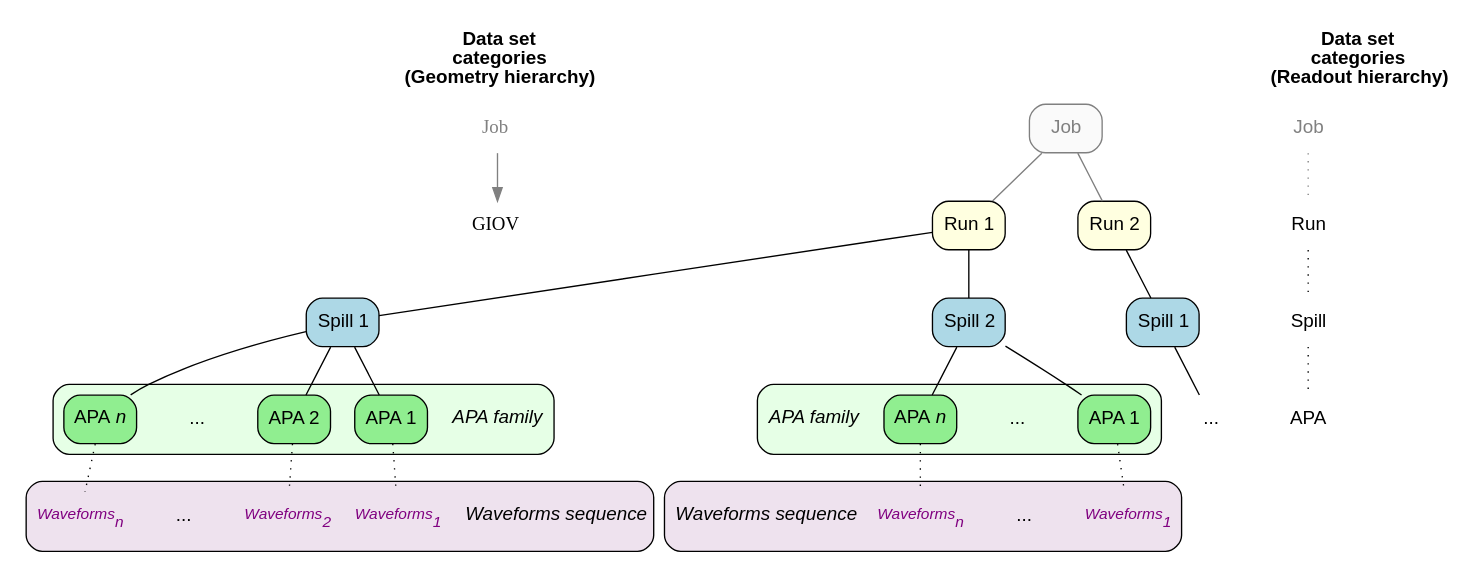
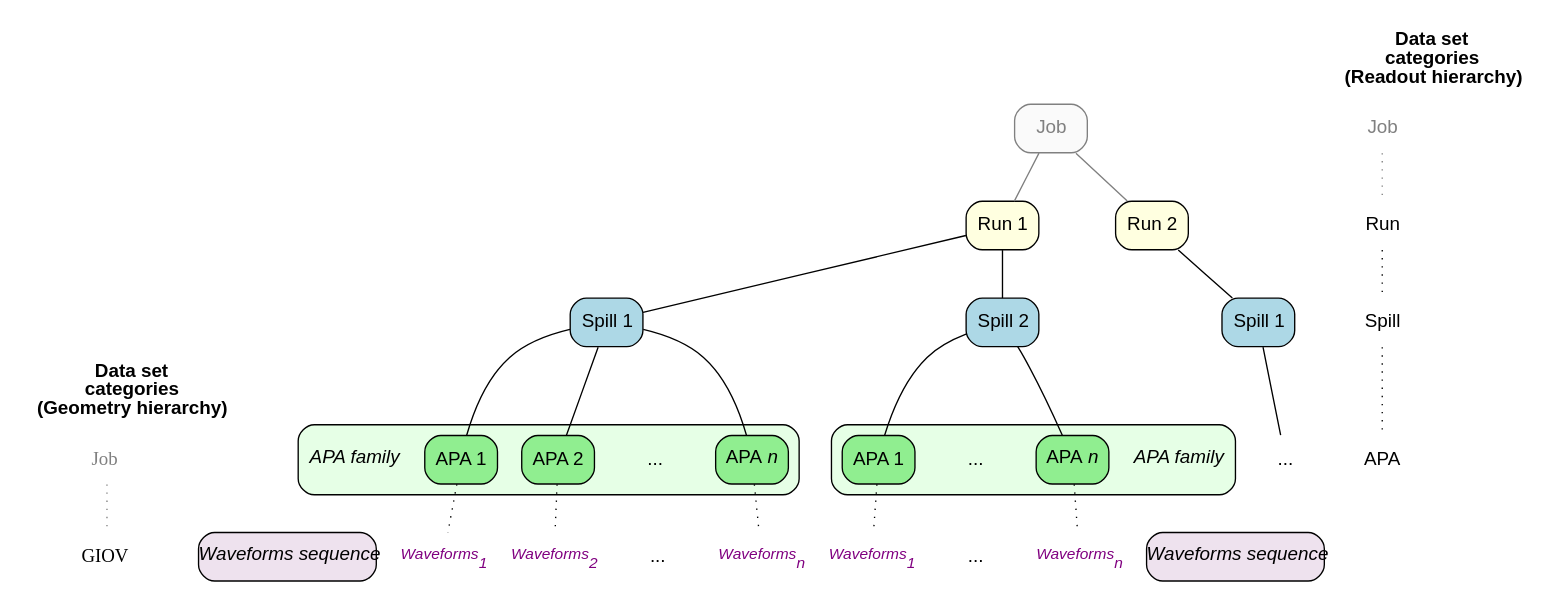
The diagram in doc/graphviz/data-organization.gv (Framework-R-D/phlex-design), drawn with Graphviz before and after one commit.

```diff
--- a/doc/graphviz/data-organization.gv
+++ b/doc/graphviz/data-organization.gv
@@ -1,117 +1,113 @@
 digraph {
+  fontname="Helvetica,Arial"
+  edge [arrowhead="none"]
+  node [shape="plaintext" style="rounded" margin="0"]
 
-  fontname="Helvetica,Arial"
-  
-  
-  node [shape="plaintext" style="rounded" margin="0"]
+  // cluster_giov_categories at the top for leftmost placement
   subgraph cluster_giov_categories {
      label=<<b>Data set<br/>categories<br/>(Geometry hierarchy)</b>>
      color=none
-
      job_category_2 [label=<Job> fontcolor="gray"]
      giov_category [label=<GIOV>]
+     job_category_2 -> giov_category [style="dotted" color="gray"]
+  }
 
-     job_category_2 -> giov_category [color="gray"]
-   }
-  
-    
   node [shape="plaintext" fontname="Helvetica,Arial"]
-  edge [arrowhead="none"]
   node [shape="box" style="filled,rounded"]
-
   job [label=<Job> fillcolor="gray98" fontcolor="gray" color="gray"]
   run1 [label=<Run 1> fillcolor="lightyellow"]
   run2 [label=<Run 2> fillcolor="lightyellow"]
   spill1 [label=<Spill 1> fillcolor="lightblue"]
   spill2 [label=<Spill 2> fillcolor="lightblue"]
   spill3 [label=<Spill 1> fillcolor="lightblue"]
   apa3 [label="..." shape="plaintext" margin=0 style="rounded"]
-
   job -> {run1 run2} [color=gray]
   run1 -> {spill1 spill2}
   run2 -> spill3
   spill3 -> apa3
 
   node [style="rounded,filled" fillcolor="lightgreen"]
   subgraph cluster_apa_family_1 {
      style="filled,rounded"
      fillcolor="#e6ffe6"
-
      family_label_1 [label=<<i>APA family</i>> shape="plaintext" margin=0 style="rounded"]
      apa11 [label=<APA 1>]
      apa12 [label=<APA 2>]
      apa1Dots [label="..." shape="plaintext" margin=0 style="rounded"]
      apa1N [label=<APA <i>n</i>>]
   }
-
   spill1 -> family_label_1 [style=invis]
   spill1 -> apa11
   spill1 -> apa12
   spill1 -> apa1Dots [style=invis]
   spill1 -> apa1N
 
   subgraph cluster_apa_family_2 {
      style="filled,rounded"
      fillcolor="#e6ffe6"
-
      apa21 [label=<APA 1>]
      apa2Dots [label="..." shape="plaintext" margin=0 style="rounded"]
      apa2N [label=<APA <i>n</i>>]
      family_label_2 [label=<<i>APA family</i>> shape="plaintext" margin=0 style="rounded"]
   }
-
   spill2 -> apa21
   spill2 -> apa2Dots [style=invis]
   spill2 -> apa2N
   spill2 -> family_label_2 [style=invis]
 
+  // Waveform clusters with explicit margin and border
   node [shape="plaintext" style="rounded" margin="0"]
-  
   subgraph cluster_product_sequence_1 {
      style="filled,rounded"
-     fillcolor="#eee2ee"
-
-     sequence_label_1 [label=<<i>Waveforms sequence</i>> shape="plaintext" margin=0 style="rounded" fontname="Helvetica,Arial"]
+     fillcolor="#eee2ee" // Light purple background
+     color="purple" // Purple border
+     penwidth=2 // Thicker border for visibility
+     margin=10 // Ensure space for fillcolor
+     sequence_label_1 [label=<<i>Waveforms sequence</i>> shape="box" style="filled,rounded" fillcolor="#eee2ee" fontname="Helvetica,Arial"]
      t11 [label=<<i>Waveforms<sub>1</sub></i>> fontsize=11.5 fontcolor="purple"]
      t12 [label=<<i>Waveforms<sub>2</sub></i>> fontsize=11.5 fontcolor="purple"]
      t1Dots [label="..." shape="plaintext" margin=0 style="rounded" fontname="Helvetica,Arial"]
      t1N [label=<<i>Waveforms<sub>n</sub></i>> fontsize=11.5 fontcolor="purple"]
   }
-
   edge [style=dotted]
   family_label_1 -> sequence_label_1 [style=invis]
   apa11 -> t11
   apa12 -> t12
   apa1Dots -> t1Dots [style=invis]
   apa1N -> t1N
 
   subgraph cluster_product_sequence_2 {
      style="filled,rounded"
-     fillcolor="#eee2ee"
-
-     sequence_label_2 [label=<<i>Waveforms sequence</i>> shape="plaintext" margin=0 style="rounded" fontname="Helvetica,Arial"]
+     fillcolor="#eee2ee" // Light purple background
+     color="purple" // Purple border
+     penwidth=2 // Thicker border for visibility
+     margin=10 // Ensure space for fillcolor
+     sequence_label_2 [label=<<i>Waveforms sequence</i>> shape="box" style="filled,rounded" fillcolor="#eee2ee" fontname="Helvetica,Arial"]
      t21 [label=<<i>Waveforms<sub>1</sub></i>> fontsize=11.5 fontcolor="purple"]
      t2Dots [label="..." shape="plaintext" margin=0 style="rounded" fontname="Helvetica,Arial"]
      t2N [label=<<i>Waveforms<sub>n</sub></i>> fontsize=11.5 fontcolor="purple"]
   }
 
- subgraph cluster_readout_categories {
+  subgraph cluster_readout_categories {
     label=<<b>Data set<br/>categories<br/>(Readout hierarchy)</b>>
     color=none
-
     job_category [label=<Job> fontcolor="gray"]
     run_category [label=<Run>]
     spill_category [label=<Spill>]
     apa_category [label=<APA>]
-
     job_category -> run_category [color="gray"]
     run_category -> spill_category -> apa_category
   }
-
-
 
   family_label_2 -> sequence_label_2 [style=invis]
   apa21 -> t21
   apa2Dots -> t2Dots [style=invis]
   apa2N -> t2N
+
+  // Constraints to place cluster_giov_categories at the far left
+  giov_category -> sequence_label_1 [style=invis constraint=false]
+  giov_category -> sequence_label_2 [style=invis constraint=false]
+  {rank=same; sequence_label_1; t11; t12; t1Dots; t1N}
+  {rank=same; sequence_label_2; t21; t2Dots; t2N}
+  {rank=same; giov_category; sequence_label_1; sequence_label_2}
 }
```
